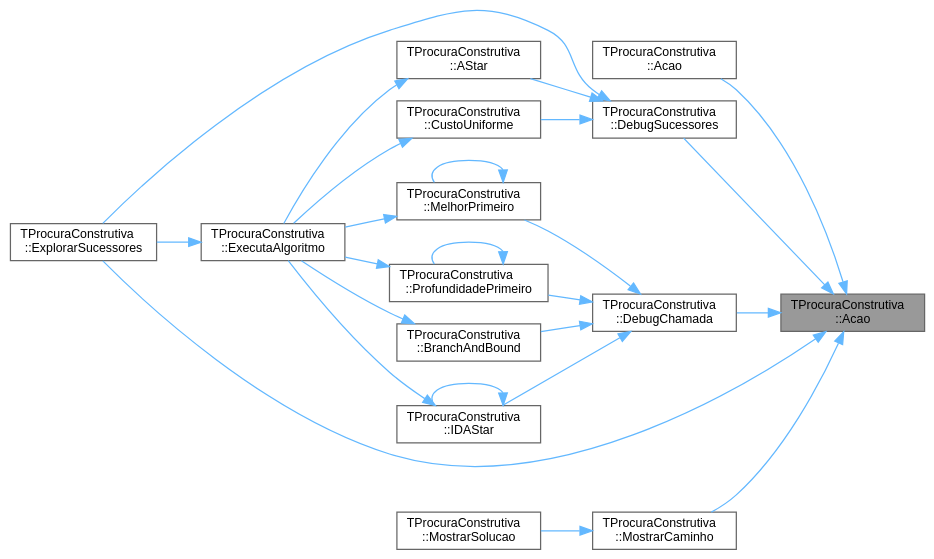
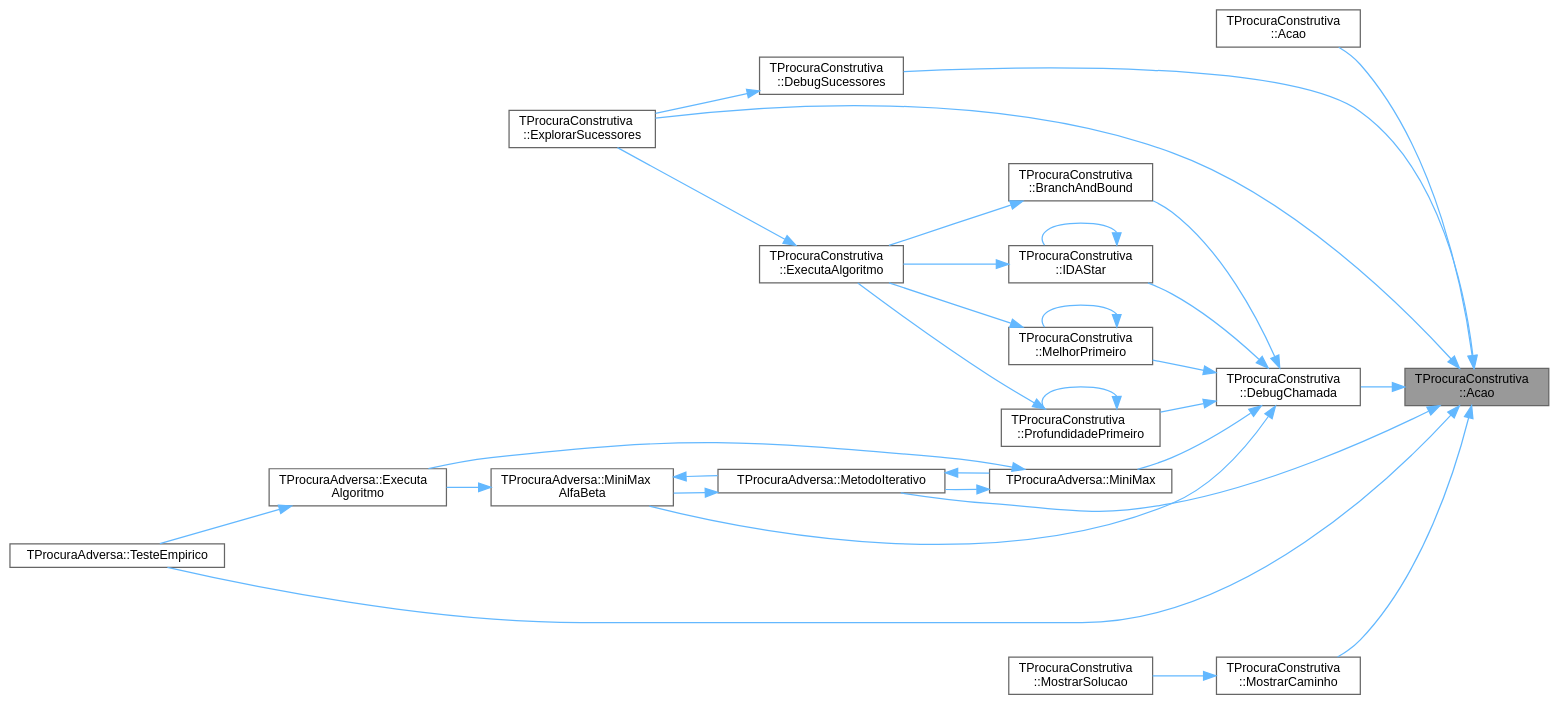
The diagram in group__RedefinicaoSugerida_gacbc6e34f3a403d26d806f37b5cd739f6_icgraph.dot (jcoelho72/TProcura), drawn with Graphviz before and after one commit. The commit also changed 1026 other files, not shown here.

```diff
--- a/group__RedefinicaoSugerida_gacbc6e34f3a403d26d806f37b5cd739f6_icgraph.dot
+++ b/group__RedefinicaoSugerida_gacbc6e34f3a403d26d806f37b5cd739f6_icgraph.dot
@@ -1,45 +1,55 @@
 digraph "TProcuraConstrutiva::Acao"
 {
  // LATEX_PDF_SIZE
   bgcolor="transparent";
   edge [fontname=Helvetica,fontsize=10,labelfontname=Helvetica,labelfontsize=10];
   node [fontname=Helvetica,fontsize=10,shape=box,height=0.2,width=0.4];
   rankdir="RL";
   Node1 [id="Node000001",label="TProcuraConstrutiva\l::Acao",height=0.2,width=0.4,color="gray40", fillcolor="grey60", style="filled", fontcolor="black",tooltip="Retorna a ação (movimento, passo, jogada, lance, etc.) que gerou o sucessor."];
-  Node1 -> Node2 [id="edge24_Node000001_Node000002",dir="back",color="steelblue1",style="solid",tooltip=" "];
+  Node1 -> Node2 [id="edge31_Node000001_Node000002",dir="back",color="steelblue1",style="solid",tooltip=" "];
   Node2 [id="Node000002",label="TProcuraConstrutiva\l::Acao",height=0.2,width=0.4,color="grey40", fillcolor="white", style="filled",URL="$group__RedefinicaoOpcional.html#gacccf4fbb52126ba19bfc456c0c6d5214",tooltip="Executa a ação (movimento, passo, jogada, lance, etc.) no estado atual."];
-  Node1 -> Node3 [id="edge25_Node000001_Node000003",dir="back",color="steelblue1",style="solid",tooltip=" "];
+  Node1 -> Node3 [id="edge32_Node000001_Node000003",dir="back",color="steelblue1",style="solid",tooltip=" "];
   Node3 [id="Node000003",label="TProcuraConstrutiva\l::DebugChamada",height=0.2,width=0.4,color="grey40", fillcolor="white", style="filled",URL="$classTProcuraConstrutiva.html#a6962c0cf7350a211ae74b00768d9c232",tooltip=" "];
-  Node3 -> Node4 [id="edge26_Node000003_Node000004",dir="back",color="steelblue1",style="solid",tooltip=" "];
+  Node3 -> Node4 [id="edge33_Node000003_Node000004",dir="back",color="steelblue1",style="solid",tooltip=" "];
   Node4 [id="Node000004",label="TProcuraConstrutiva\l::BranchAndBound",height=0.2,width=0.4,color="grey40", fillcolor="white", style="filled",URL="$group__ProcurasInformadas.html#gafe804dbf6cabda9e627500c2d4f8aafd",tooltip="Executa o algoritmo Branch-and-Bound, um algoritmo informado."];
-  Node4 -> Node5 [id="edge27_Node000004_Node000005",dir="back",color="steelblue1",style="solid",tooltip=" "];
+  Node4 -> Node5 [id="edge34_Node000004_Node000005",dir="back",color="steelblue1",style="solid",tooltip=" "];
   Node5 [id="Node000005",label="TProcuraConstrutiva\l::ExecutaAlgoritmo",height=0.2,width=0.4,color="grey40", fillcolor="white", style="filled",URL="$group__RedefinicaoOpcional.html#gae52871eb18c8ae656a2174acf43b3bb3",tooltip="Executa o algoritmo com os parametros atuais."];
-  Node5 -> Node6 [id="edge28_Node000005_Node000006",dir="back",color="steelblue1",style="solid",tooltip=" "];
+  Node5 -> Node6 [id="edge35_Node000005_Node000006",dir="back",color="steelblue1",style="solid",tooltip=" "];
   Node6 [id="Node000006",label="TProcuraConstrutiva\l::ExplorarSucessores",height=0.2,width=0.4,color="grey40", fillcolor="white", style="filled",URL="$classTProcuraConstrutiva.html#a9fda19c96c9cd874fa45578bcc30f607",tooltip=" "];
-  Node3 -> Node7 [id="edge29_Node000003_Node000007",dir="back",color="steelblue1",style="solid",tooltip=" "];
+  Node3 -> Node7 [id="edge36_Node000003_Node000007",dir="back",color="steelblue1",style="solid",tooltip=" "];
   Node7 [id="Node000007",label="TProcuraConstrutiva\l::IDAStar",height=0.2,width=0.4,color="grey40", fillcolor="white", style="filled",URL="$group__ProcurasInformadas.html#gae77f9608e7988052377d7025bee7c4e8",tooltip="Executa a procura IDA*, algoritmo informado."];
-  Node7 -> Node5 [id="edge30_Node000007_Node000005",dir="back",color="steelblue1",style="solid",tooltip=" "];
-  Node7 -> Node7 [id="edge31_Node000007_Node000007",dir="back",color="steelblue1",style="solid",tooltip=" "];
-  Node3 -> Node8 [id="edge32_Node000003_Node000008",dir="back",color="steelblue1",style="solid",tooltip=" "];
+  Node7 -> Node5 [id="edge37_Node000007_Node000005",dir="back",color="steelblue1",style="solid",tooltip=" "];
+  Node7 -> Node7 [id="edge38_Node000007_Node000007",dir="back",color="steelblue1",style="solid",tooltip=" "];
+  Node3 -> Node8 [id="edge39_Node000003_Node000008",dir="back",color="steelblue1",style="solid",tooltip=" "];
   Node8 [id="Node000008",label="TProcuraConstrutiva\l::MelhorPrimeiro",height=0.2,width=0.4,color="grey40", fillcolor="white", style="filled",URL="$group__ProcurasInformadas.html#gaebb84182343041bc276e4ceceb4b13aa",tooltip="Executa a procura melhor primeiro, algoritmo informado."];
-  Node8 -> Node5 [id="edge33_Node000008_Node000005",dir="back",color="steelblue1",style="solid",tooltip=" "];
-  Node8 -> Node8 [id="edge34_Node000008_Node000008",dir="back",color="steelblue1",style="solid",tooltip=" "];
-  Node3 -> Node9 [id="edge35_Node000003_Node000009",dir="back",color="steelblue1",style="solid",tooltip=" "];
-  Node9 [id="Node000009",label="TProcuraConstrutiva\l::ProfundidadePrimeiro",height=0.2,width=0.4,color="grey40", fillcolor="white", style="filled",URL="$group__ProcurasCegas.html#gaf00d9776f6b25d56138efb6725b86228",tooltip="Executa a procura em profundidade primeiro, algoritmo cego."];
-  Node9 -> Node5 [id="edge36_Node000009_Node000005",dir="back",color="steelblue1",style="solid",tooltip=" "];
-  Node9 -> Node9 [id="edge37_Node000009_Node000009",dir="back",color="steelblue1",style="solid",tooltip=" "];
-  Node1 -> Node10 [id="edge38_Node000001_Node000010",dir="back",color="steelblue1",style="solid",tooltip=" "];
-  Node10 [id="Node000010",label="TProcuraConstrutiva\l::DebugSucessores",height=0.2,width=0.4,color="grey40", fillcolor="white", style="filled",URL="$classTProcuraConstrutiva.html#a08aa14ddc895426b2ce3df4d763cbbd7",tooltip=" "];
-  Node10 -> Node11 [id="edge39_Node000010_Node000011",dir="back",color="steelblue1",style="solid",tooltip=" "];
-  Node11 [id="Node000011",label="TProcuraConstrutiva\l::AStar",height=0.2,width=0.4,color="grey40", fillcolor="white", style="filled",URL="$group__ProcurasInformadas.html#ga37dd78e1a9a6742700728135f81964b4",tooltip="Executa a procura A*, algoritmo informado."];
-  Node11 -> Node5 [id="edge40_Node000011_Node000005",dir="back",color="steelblue1",style="solid",tooltip=" "];
-  Node10 -> Node12 [id="edge41_Node000010_Node000012",dir="back",color="steelblue1",style="solid",tooltip=" "];
-  Node12 [id="Node000012",label="TProcuraConstrutiva\l::CustoUniforme",height=0.2,width=0.4,color="grey40", fillcolor="white", style="filled",URL="$group__ProcurasCegas.html#ga2343fafdecfd55b69c0ffb71e8f9426b",tooltip="Executa a procura por custo uniforme, algoritmo cego."];
-  Node12 -> Node5 [id="edge42_Node000012_Node000005",dir="back",color="steelblue1",style="solid",tooltip=" "];
-  Node10 -> Node6 [id="edge43_Node000010_Node000006",dir="back",color="steelblue1",style="solid",tooltip=" "];
-  Node1 -> Node6 [id="edge44_Node000001_Node000006",dir="back",color="steelblue1",style="solid",tooltip=" "];
-  Node1 -> Node13 [id="edge45_Node000001_Node000013",dir="back",color="steelblue1",style="solid",tooltip=" "];
-  Node13 [id="Node000013",label="TProcuraConstrutiva\l::MostrarCaminho",height=0.2,width=0.4,color="grey40", fillcolor="white", style="filled",URL="$classTProcuraConstrutiva.html#a51a3757ad4f4041833c7957276d76ab9",tooltip=" "];
-  Node13 -> Node14 [id="edge46_Node000013_Node000014",dir="back",color="steelblue1",style="solid",tooltip=" "];
-  Node14 [id="Node000014",label="TProcuraConstrutiva\l::MostrarSolucao",height=0.2,width=0.4,color="grey40", fillcolor="white", style="filled",URL="$group__RedefinicaoOpcional.html#ga1fdecf86b41c94a1656c17495f9b5b93",tooltip="Mostrar solução, seja um caminho ou o próprio estado."];
+  Node8 -> Node5 [id="edge40_Node000008_Node000005",dir="back",color="steelblue1",style="solid",tooltip=" "];
+  Node8 -> Node8 [id="edge41_Node000008_Node000008",dir="back",color="steelblue1",style="solid",tooltip=" "];
+  Node3 -> Node9 [id="edge42_Node000003_Node000009",dir="back",color="steelblue1",style="solid",tooltip=" "];
+  Node9 [id="Node000009",label="TProcuraAdversa::MiniMax",height=0.2,width=0.4,color="grey40", fillcolor="white", style="filled",URL="$classTProcuraAdversa.html#a4d8542bcb03f17da8aa3038384104f24",tooltip="retorna o valor do estado actual, apos procura de profundidade nivel"];
+  Node9 -> Node10 [id="edge43_Node000009_Node000010",dir="back",color="steelblue1",style="solid",tooltip=" "];
+  Node10 [id="Node000010",label="TProcuraAdversa::Executa\lAlgoritmo",height=0.2,width=0.4,color="grey40", fillcolor="white", style="filled",URL="$classTProcuraAdversa.html#aff6f48defaa10c14d160ac3990fd029b",tooltip="Executa o algoritmo com os parametros atuais."];
+  Node10 -> Node11 [id="edge44_Node000010_Node000011",dir="back",color="steelblue1",style="solid",tooltip=" "];
+  Node11 [id="Node000011",label="TProcuraAdversa::TesteEmpirico",height=0.2,width=0.4,color="grey40", fillcolor="white", style="filled",URL="$classTProcuraAdversa.html#ae849ba1f915dc5e0875faa281ba4bdbb",tooltip=" "];
+  Node9 -> Node12 [id="edge45_Node000009_Node000012",dir="back",color="steelblue1",style="solid",tooltip=" "];
+  Node12 [id="Node000012",label="TProcuraAdversa::MetodoIterativo",height=0.2,width=0.4,color="grey40", fillcolor="white", style="filled",URL="$classTProcuraAdversa.html#a7c4153974c32753901326271fee90197",tooltip="iteração, aumentando o nível progressivamente"];
+  Node12 -> Node9 [id="edge46_Node000012_Node000009",dir="back",color="steelblue1",style="solid",tooltip=" "];
+  Node12 -> Node13 [id="edge47_Node000012_Node000013",dir="back",color="steelblue1",style="solid",tooltip=" "];
+  Node13 [id="Node000013",label="TProcuraAdversa::MiniMax\lAlfaBeta",height=0.2,width=0.4,color="grey40", fillcolor="white", style="filled",URL="$classTProcuraAdversa.html#adb3f857b1c8b3ee26682e335dc6ed601",tooltip="retorna o valor do estado actual, apos procura de profundidade nivel. Idêntico a MiniMax"];
+  Node13 -> Node10 [id="edge48_Node000013_Node000010",dir="back",color="steelblue1",style="solid",tooltip=" "];
+  Node13 -> Node12 [id="edge49_Node000013_Node000012",dir="back",color="steelblue1",style="solid",tooltip=" "];
+  Node3 -> Node13 [id="edge50_Node000003_Node000013",dir="back",color="steelblue1",style="solid",tooltip=" "];
+  Node3 -> Node14 [id="edge51_Node000003_Node000014",dir="back",color="steelblue1",style="solid",tooltip=" "];
+  Node14 [id="Node000014",label="TProcuraConstrutiva\l::ProfundidadePrimeiro",height=0.2,width=0.4,color="grey40", fillcolor="white", style="filled",URL="$group__ProcurasCegas.html#gaf00d9776f6b25d56138efb6725b86228",tooltip="Executa a procura em profundidade primeiro, algoritmo cego."];
+  Node14 -> Node5 [id="edge52_Node000014_Node000005",dir="back",color="steelblue1",style="solid",tooltip=" "];
+  Node14 -> Node14 [id="edge53_Node000014_Node000014",dir="back",color="steelblue1",style="solid",tooltip=" "];
+  Node1 -> Node15 [id="edge54_Node000001_Node000015",dir="back",color="steelblue1",style="solid",tooltip=" "];
+  Node15 [id="Node000015",label="TProcuraConstrutiva\l::DebugSucessores",height=0.2,width=0.4,color="grey40", fillcolor="white", style="filled",URL="$classTProcuraConstrutiva.html#a08aa14ddc895426b2ce3df4d763cbbd7",tooltip=" "];
+  Node15 -> Node6 [id="edge55_Node000015_Node000006",dir="back",color="steelblue1",style="solid",tooltip=" "];
+  Node1 -> Node6 [id="edge56_Node000001_Node000006",dir="back",color="steelblue1",style="solid",tooltip=" "];
+  Node1 -> Node12 [id="edge57_Node000001_Node000012",dir="back",color="steelblue1",style="solid",tooltip=" "];
+  Node1 -> Node16 [id="edge58_Node000001_Node000016",dir="back",color="steelblue1",style="solid",tooltip=" "];
+  Node16 [id="Node000016",label="TProcuraConstrutiva\l::MostrarCaminho",height=0.2,width=0.4,color="grey40", fillcolor="white", style="filled",URL="$classTProcuraConstrutiva.html#a51a3757ad4f4041833c7957276d76ab9",tooltip=" "];
+  Node16 -> Node17 [id="edge59_Node000016_Node000017",dir="back",color="steelblue1",style="solid",tooltip=" "];
+  Node17 [id="Node000017",label="TProcuraConstrutiva\l::MostrarSolucao",height=0.2,width=0.4,color="grey40", fillcolor="white", style="filled",URL="$group__RedefinicaoOpcional.html#ga1fdecf86b41c94a1656c17495f9b5b93",tooltip="Mostrar solução, seja um caminho ou o próprio estado."];
+  Node1 -> Node11 [id="edge60_Node000001_Node000011",dir="back",color="steelblue1",style="solid",tooltip=" "];
 }
```
